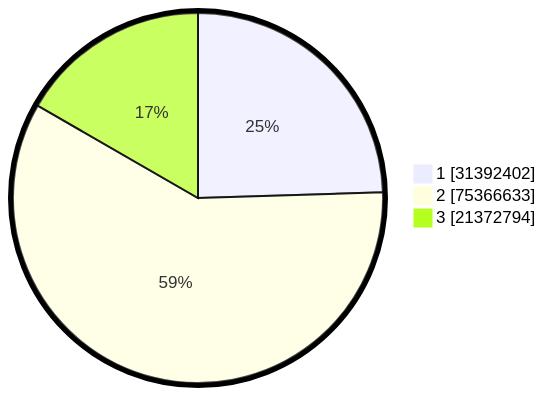
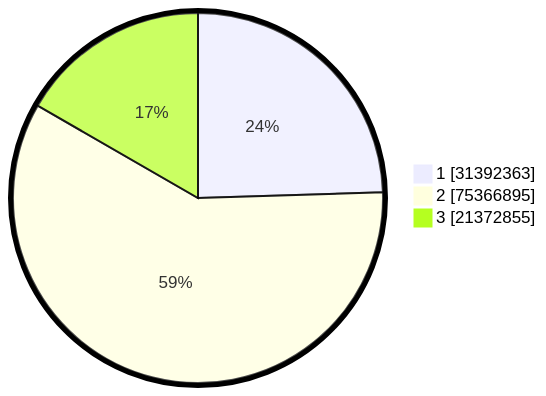
The second of 2 diagrams in pilpres/hitung-suara/README.md (gigit-pemilu/pemilu-2024), drawn with Mermaid before and after one commit. The commit also changed other lines of this file and 11 other files, not shown here.

````diff
--- a/pilpres/hitung-suara/README.md
+++ b/pilpres/hitung-suara/README.md
@@ -93,7 +93,7 @@
 ```mermaid
 %%{init: {"pie": {"textPosition": 0.5}, "themeVariables": {"pieOuterStrokeWidth": "5px"}} }%%
 pie showData
-    "1" : 31392402
-    "2" : 75366633
-    "3" : 21372794
+    "1" : 31392363
+    "2" : 75366895
+    "3" : 21372855
 ```
````
